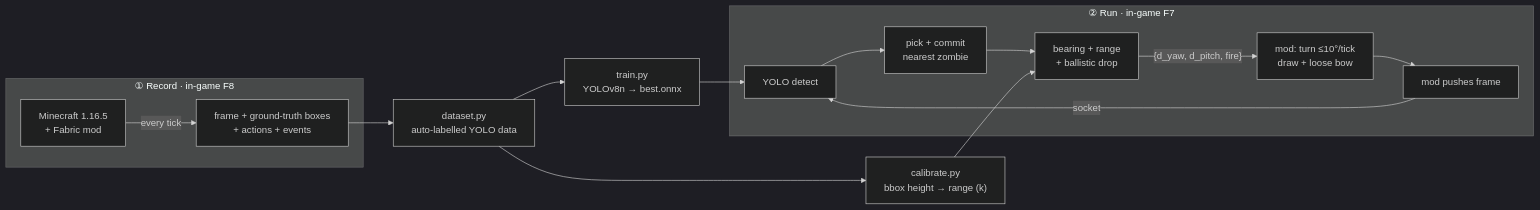
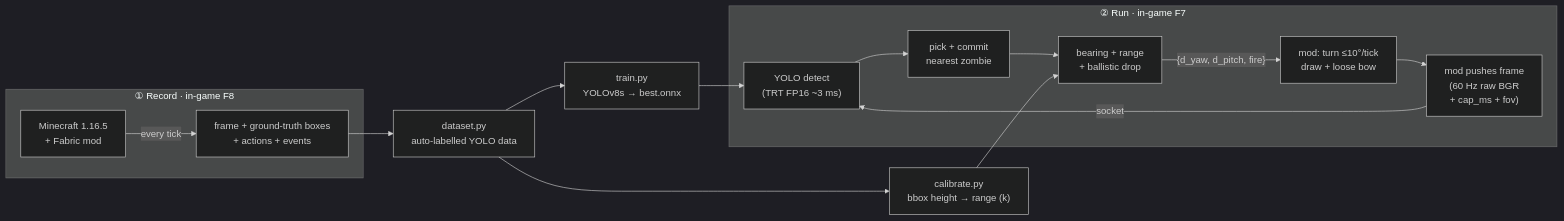
The first of 2 diagrams in README.md (BotKnqP/Minecraft-aimassist-demo), drawn with Mermaid (dark theme) before and after one commit. The commit also changed other lines of this file, not shown here.

First line of the commit message:
README: bring up to v0.7.x — async pipeline, TRT EP, FOV protocol, F6 res-cycle, 50 tests

````diff
--- a/README.md
+++ b/README.md
@@ -42,18 +44,18 @@
 ```mermaid
 flowchart LR
   subgraph REC["① Record  ·  in-game F8"]
     A["Minecraft 1.16.5<br/>+ Fabric mod"] -->|every tick| B["frame + ground-truth boxes<br/>+ actions + events"]
   end
   B --> C["dataset.py<br/>auto-labelled YOLO data"]
-  C --> D["train.py<br/>YOLOv8n → best.onnx"]
+  C --> D["train.py<br/>YOLOv8s → best.onnx"]
   C --> E["calibrate.py<br/>bbox height → range (k)"]
   subgraph RUN["② Run  ·  in-game F7"]
-    F["mod pushes frame"] -->|socket| G["YOLO detect"]
+    F["mod pushes frame<br/>(60 Hz raw BGR<br/>+ cap_ms + fov)"] -->|socket| G["YOLO detect<br/>(TRT FP16 ~3 ms)"]
     G --> H["pick + commit<br/>nearest zombie"]
     H --> I["bearing + range<br/>+ ballistic drop"]
     I -->|"{d_yaw, d_pitch, fire}"| J["mod: turn ≤10°/tick<br/>draw + loose bow"]
     J --> F
   end
   D --> G
   E --> I
 ```
````
